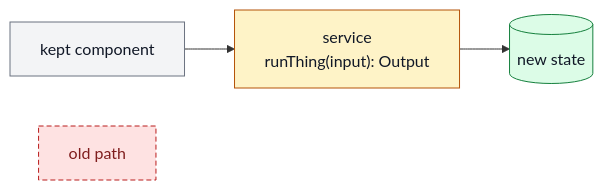
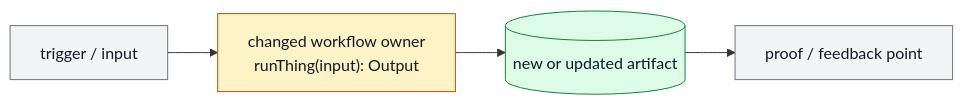
Before and after one commit to ZanarkandTechnologies/Farplane: the first of 3 diagrams in skills/diagramming/references/patterns.md, drawn with Mermaid. The commit also changed other lines of this file and 11 other files, not shown here.

````diff
--- a/skills/diagramming/references/patterns.md
+++ b/skills/diagramming/references/patterns.md
@@ -15,14 +15,14 @@
 ```mermaid
 flowchart LR
   classDef keep fill:#f3f4f6,stroke:#6b7280,color:#111827
   classDef change fill:#fef3c7,stroke:#b45309,color:#111827
   classDef add fill:#dcfce7,stroke:#15803d,color:#111827
   classDef remove fill:#fee2e2,stroke:#b91c1c,color:#7f1d1d,stroke-dasharray: 5 3
 
-  kept["kept component"]:::keep
-  changed["service<br/>runThing(input): Output"]:::change
-  added[(new state)]:::add
-  removed["old path"]:::remove
+  trigger["trigger / input"]:::keep
+  owner["changed workflow owner<br/>runThing(input): Output"]:::change
+  artifact[(new or updated artifact)]:::add
+  proof["proof / feedback point"]:::keep
 
-  kept --> changed --> added
+  trigger --> owner --> artifact --> proof
 ```
````
